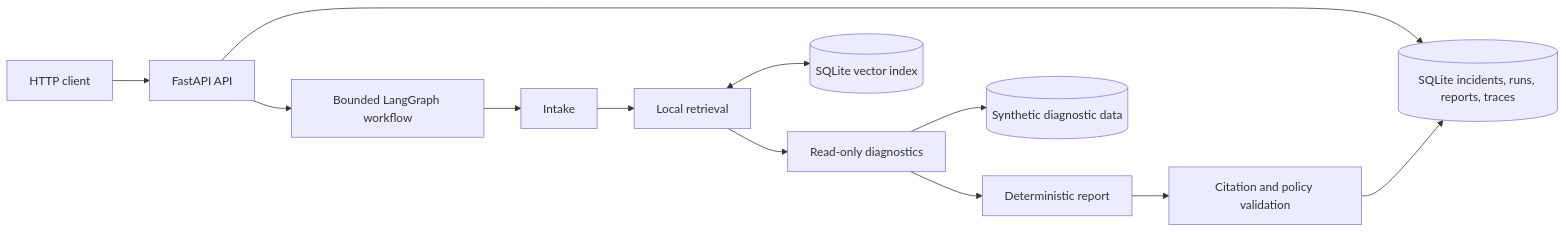
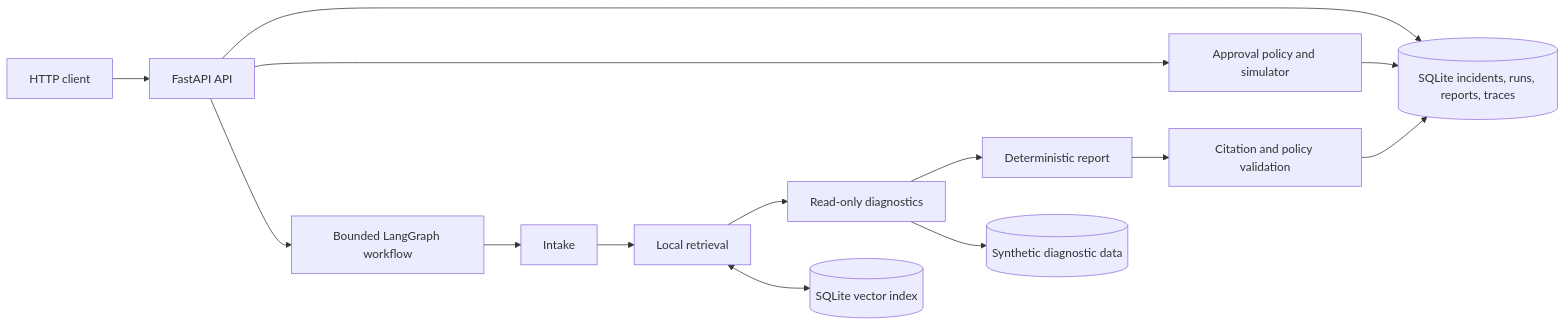
The diagram in README.md (SahilPatil07/agentops-sentinel), drawn with Mermaid before and after one commit. The commit also changed other lines of this file and 17 other files, not shown here.

````diff
--- a/README.md
+++ b/README.md
@@ -24,14 +23,16 @@
 ```mermaid
 flowchart LR
   Client[HTTP client] --> API[FastAPI API]
   API --> Store[(SQLite incidents, runs, reports, traces)]
+  API --> Actions[Approval policy and simulator]
+  Actions --> Store
   API --> Graph[Bounded LangGraph workflow]
   Graph --> Intake[Intake]
   Intake --> Retrieval[Local retrieval]
   Retrieval --> Diagnostics[Read-only diagnostics]
   Diagnostics --> Report[Deterministic report]
   Report --> Validate[Citation and policy validation]
   Retrieval <--> Index[(SQLite vector index)]
   Diagnostics --> Fixtures[(Synthetic diagnostic data)]
   Validate --> Store
 ```
````
